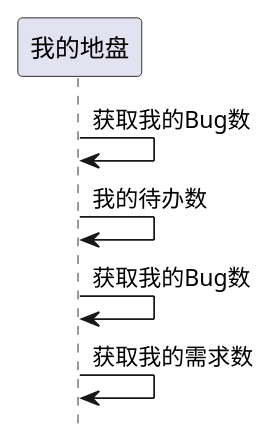
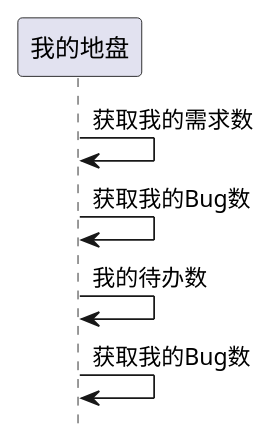
One commit to goblinln/iBizPMS changed the third of 3 diagrams in ibizpms-docs/src/main/doc/v1/module/ibiz/IbzMyTerritory_old.md. Above: the diagram before and after it, drawn with PlantUML. The commit also changed other lines of this file and 230 other files, not shown here.

```diff
--- a/ibizpms-docs/src/main/doc/v1/module/ibiz/IbzMyTerritory_old.md
+++ b/ibizpms-docs/src/main/doc/v1/module/ibiz/IbzMyTerritory_old.md
@@ -191,8 +191,8 @@
 {% plantuml %}
 hide footbox
 
+我的地盘 -> 我的地盘: 获取我的需求数
 我的地盘 -> 我的地盘: 获取我的Bug数
 我的地盘 -> 我的地盘: 我的待办数
 我的地盘 -> 我的地盘: 获取我的Bug数
-我的地盘 -> 我的地盘: 获取我的需求数
 {% endplantuml %}
```
